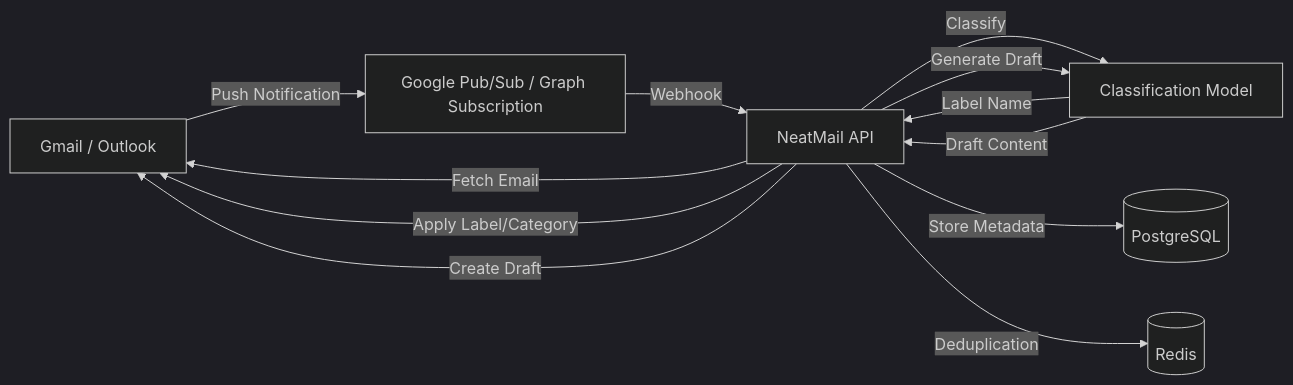
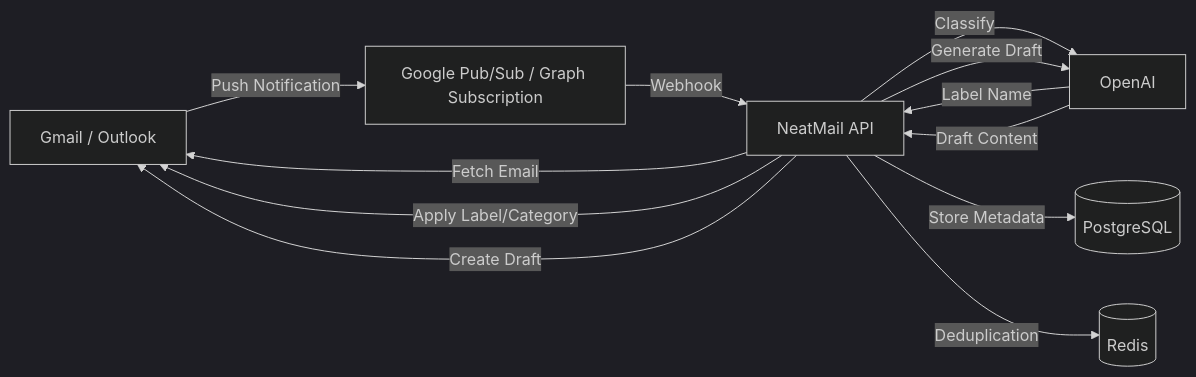
Before and after one commit to Lakshay1509/NeatMail: the diagram in README.md, drawn with Mermaid (dark theme). The commit also changed other lines of this file and 1 other file, not shown here.

````diff
--- a/README.md
+++ b/README.md
@@ -178,14 +177,14 @@
 ```mermaid
 graph LR
    A[Gmail / Outlook] -->|Push Notification| B[Google Pub/Sub / Graph Subscription]
     B -->|Webhook| C[NeatMail API]
    C -->|Fetch Email| A
-    C -->|Classify| D[Classification Model]
+   C -->|Classify| D[OpenAI]
     D -->|Label Name| C
    C -->|Apply Label/Category| A
     C -->|Generate Draft| D
     D -->|Draft Content| C
     C -->|Create Draft| A
     C -->|Store Metadata| E[(PostgreSQL)]
     C -->|Deduplication| F[(Redis)]
 ```
````
